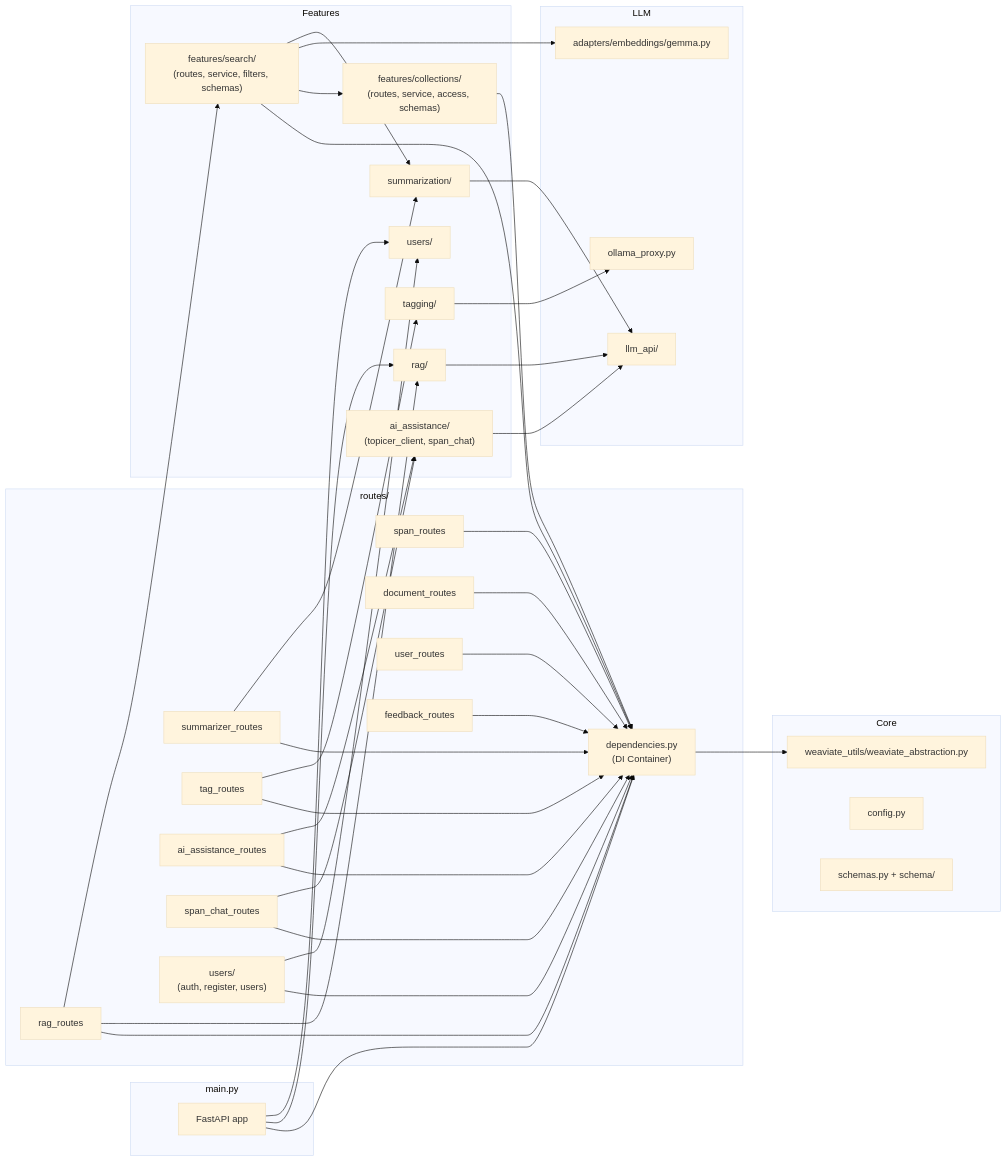
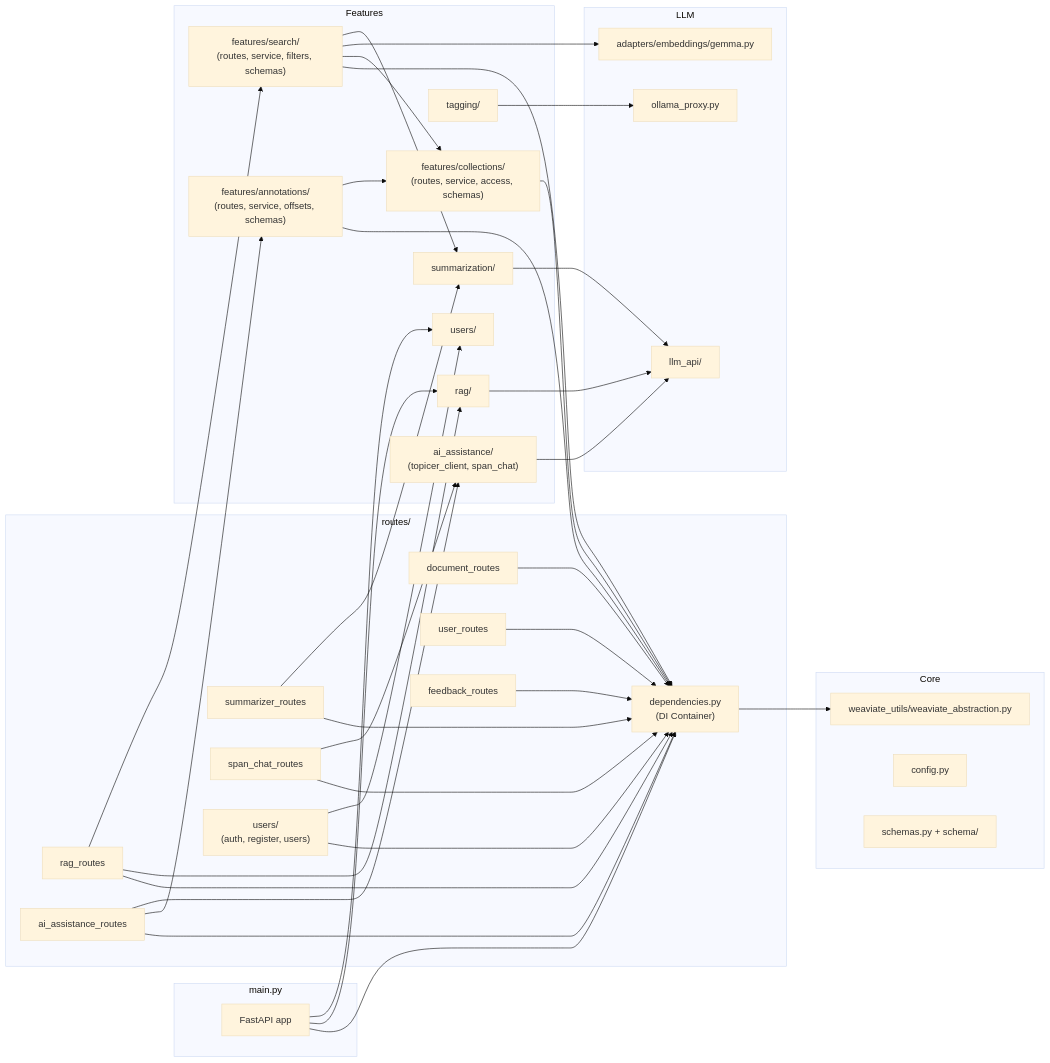
The second of 6 diagrams in docs/ARCHITECTURE.md (DCGM/semant-demo), drawn with Mermaid (base theme) before and after one commit. The commit also changed other lines of this file and 48 other files, not shown here.

First line of the commit message:
Extract tag/span workflows into an Annotations feature (#206)

````diff
--- a/docs/ARCHITECTURE.md
+++ b/docs/ARCHITECTURE.md
@@ -54,60 +54,60 @@
 ```mermaid
 flowchart LR
     subgraph main.py
         APP[FastAPI app]
     end
 
     subgraph routes/
         DI["dependencies.py<br/>(DI Container)"]
         SUM_R[summarizer_routes]
         RAG_R[rag_routes]
-        TAG_R[tag_routes]
-        SPAN_R[span_routes]
         AI_R[ai_assistance_routes]
         CHAT_R[span_chat_routes]
         DOC_R[document_routes]
         USR_R[user_routes]
         FB_R[feedback_routes]
         AUTH_R["users/<br/>(auth, register, users)"]
     end
 
     subgraph Core
         WS[weaviate_utils/weaviate_abstraction.py]
         CFG[config.py]
         SCH["schemas.py + schema/"]
     end
 
     subgraph LLM
         OLLP[ollama_proxy.py]
         GEMMA[adapters/embeddings/gemma.py]
         LLM_API[llm_api/]
     end
 
     subgraph Features
         RAG_F[rag/]
         SUM[summarization/]
         TAG_F[tagging/]
         AI_F["ai_assistance/<br/>(topicer_client, span_chat)"]
         USERS[users/]
         COL_F["features/collections/<br/>(routes, service, access, schemas)"]
         SEARCH_F["features/search/<br/>(routes, service, filters, schemas)"]
+        ANN_F["features/annotations/<br/>(routes, service, offsets, schemas)"]
     end
 
     APP --> DI & RAG_F & USERS
-    SUM_R & RAG_R & TAG_R & SPAN_R & AI_R & CHAT_R & DOC_R & COL_F & SEARCH_F & USR_R & FB_R & AUTH_R --> DI
+    SUM_R & RAG_R & AI_R & CHAT_R & DOC_R & COL_F & SEARCH_F & ANN_F & USR_R & FB_R & AUTH_R --> DI
     DI --> WS
     RAG_R --> RAG_F
     RAG_R --> SEARCH_F
     SEARCH_F --> COL_F
     SEARCH_F --> GEMMA
     SEARCH_F --> SUM
     SUM_R --> SUM
-    TAG_R --> TAG_F
+    ANN_F --> COL_F
+    AI_R --> ANN_F
     AI_R --> AI_F
     CHAT_R --> AI_F
     RAG_F --> LLM_API
     SUM --> LLM_API
     TAG_F --> OLLP
     AI_F --> LLM_API
     AUTH_R --> USERS
 ```
````
